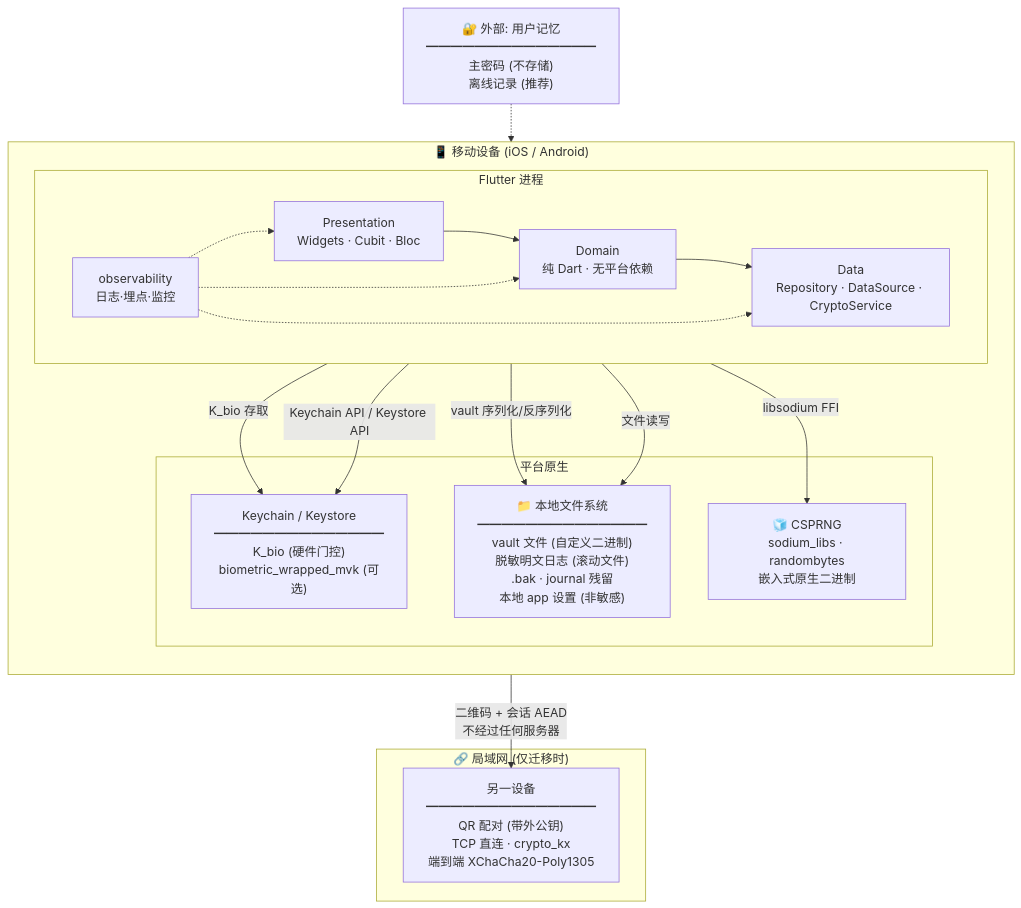
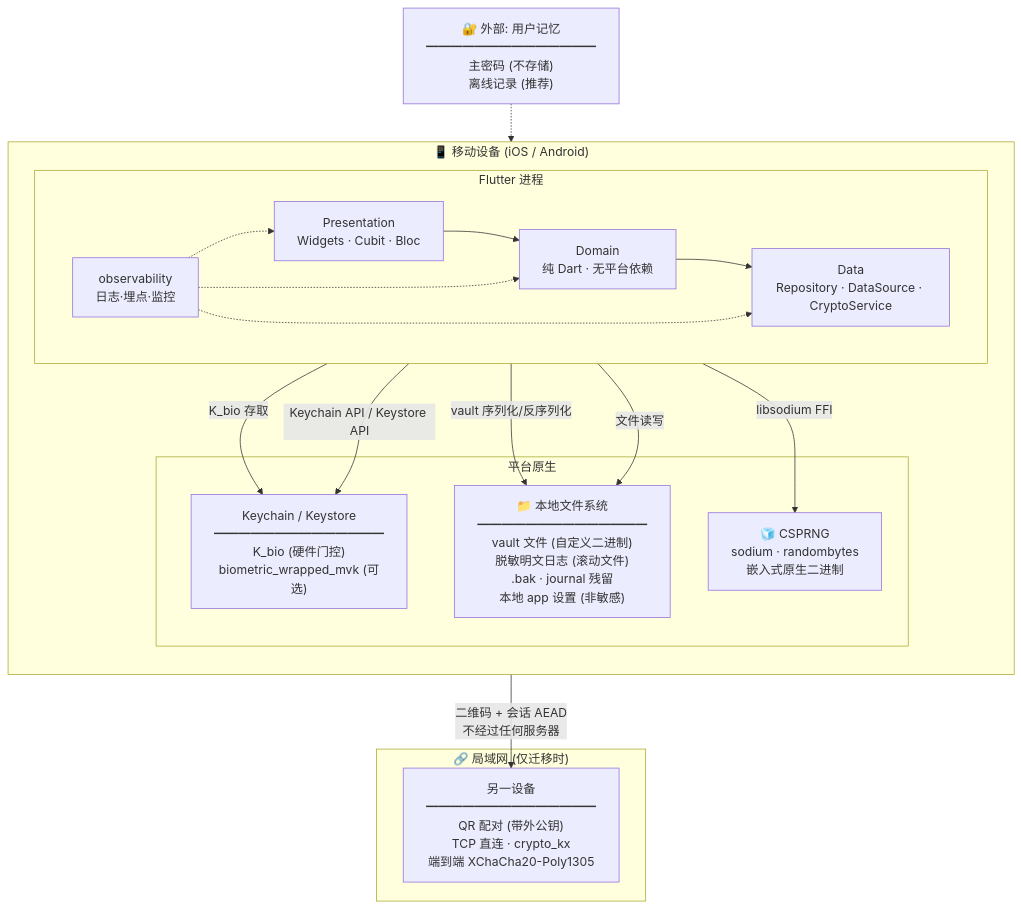
The first of 3 diagrams in docs/SECURITY.md (CCreative-Od1L/project_sw), drawn with Mermaid before and after one commit. The commit also changed other lines of this file and 9 other files, not shown here.

````diff
--- a/docs/SECURITY.md
+++ b/docs/SECURITY.md
@@ -10,39 +10,39 @@
 ```mermaid
 flowchart TB
     subgraph Device["📱 移动设备 (iOS / Android)"]
         direction TB
 
         subgraph App["Flutter 进程"]
             direction LR
             PRES["Presentation<br/>Widgets · Cubit · Bloc"]
             DOMAIN["Domain<br/>纯 Dart · 无平台依赖"]
             DATA["Data<br/>Repository · DataSource · CryptoService"]
             OBS["observability<br/>日志·埋点·监控"]
 
             PRES --> DOMAIN --> DATA
             OBS -.-> PRES
             OBS -.-> DOMAIN
             OBS -.-> DATA
         end
 
         subgraph Native["平台原生"]
             KC["Keychain / Keystore<br/>━━━━━━━━━━━━━━<br/>K_bio (硬件门控)<br/>biometric_wrapped_mvk (可选)"]
-            CSP["🧊 CSPRNG<br/>sodium_libs · randombytes<br/>嵌入式原生二进制"]
+            CSP["🧊 CSPRNG<br/>sodium · randombytes<br/>嵌入式原生二进制"]
             FS["📁 本地文件系统<br/>━━━━━━━━━━━━━━<br/>vault 文件 (自定义二进制)<br/>脱敏明文日志 (滚动文件)<br/>.bak · journal 残留<br/>本地 app 设置 (非敏感)"]
         end
 
         App -->|"libsodium FFI"| CSP
         App -->|"Keychain API / Keystore API"| KC
         App -->|"文件读写"| FS
         DATA -->|"vault 序列化/反序列化"| FS
         DATA -->|"K_bio 存取"| KC
     end
 
     subgraph LAN["🔗 局域网 (仅迁移时)"]
         PEER["另一设备<br/>━━━━━━━━━━━━━━<br/>QR 配对 (带外公钥)<br/>TCP 直连 · crypto_kx<br/>端到端 XChaCha20-Poly1305"]
     end
 
     App -->|"二维码 + 会话 AEAD<br/>不经过任何服务器"| PEER
 
     COLD["🔐 外部: 用户记忆<br/>━━━━━━━━━━━━━━<br/>主密码 (不存储)<br/>离线记录 (推荐)"] -.-> PRES
 ```
````
